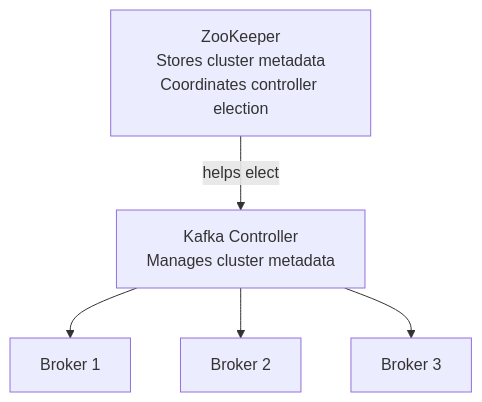
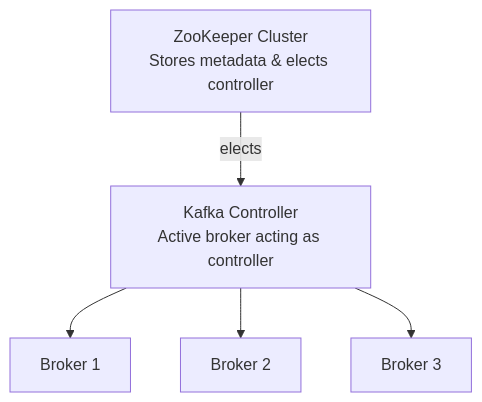
Before and after one commit to Siddpawar9222/Obsidian-Vault: the third of 16 diagrams in Inbox/Kafka_Obsidian_Organized/04 - Replication and KRaft/008-KRaft_and_Cluster_Consensus.md, drawn with Mermaid. The commit also changed other lines of this file and 46 other files, not shown here.

````diff
--- a/Inbox/Kafka_Obsidian_Organized/04 - Replication and KRaft/008-KRaft_and_Cluster_Consensus.md
+++ b/Inbox/Kafka_Obsidian_Organized/04 - Replication and KRaft/008-KRaft_and_Cluster_Consensus.md
@@ -104,12 +81,12 @@
 ```mermaid
 flowchart TD
-    ZK["ZooKeeper<br/>Stores cluster metadata<br/>Coordinates controller election"]
-    KC["Kafka Controller<br/>Manages cluster metadata"]
+    ZK["ZooKeeper Cluster<br/>Stores metadata & elects controller"]
+    KC["Kafka Controller<br/>Active broker acting as controller"]
     B1["Broker 1"]
     B2["Broker 2"]
     B3["Broker 3"]
-    ZK -->|"helps elect"| KC
+    ZK -->|"elects"| KC
     KC --> B1
     KC --> B2
     KC --> B3
 ```
````
